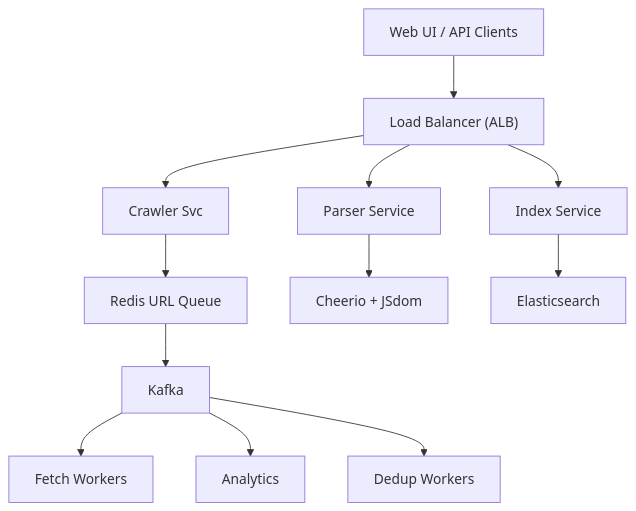
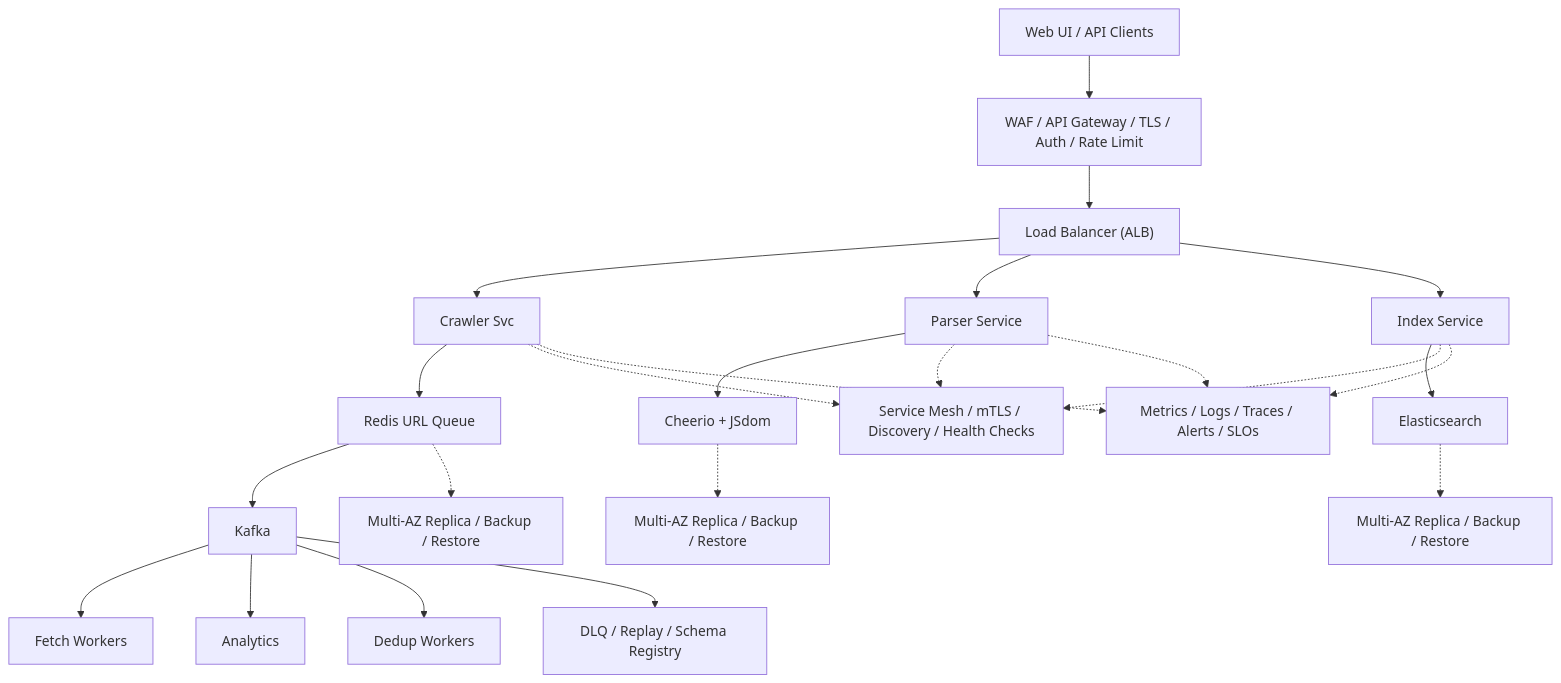
One commit to aishwary11/system-design changed the diagram in system-design-web-crawler.md. Above: the diagram before and after it, drawn with Mermaid. The commit also changed 31 other files, not shown here.

Commit message:
Add production-grade architecture details

````diff
--- a/system-design-web-crawler.md
+++ b/system-design-web-crawler.md
@@ -43,14 +43,25 @@
 ```mermaid
 flowchart TB
-    clients["Web UI / API Clients"] --> lb["Load Balancer (ALB)"]
+    clients["Web UI / API Clients"] --> edge["WAF / API Gateway / TLS / Auth / Rate Limit"]
+    edge --> lb["Load Balancer (ALB)"]
     lb --> svc0["Crawler Svc"]
     lb --> svc1["Parser Service"]
     lb --> svc2["Index Service"]
     svc0 --> store0["Redis URL Queue"]
     svc1 --> store1["Cheerio + JSdom"]
     svc2 --> store2["Elasticsearch"]
     store0 --> stream["Kafka"]
     stream --> worker0["Fetch Workers"]
     stream --> worker1["Analytics"]
     stream --> worker2["Dedup Workers"]
+    svc0 -.-> platform["Service Mesh / mTLS / Discovery / Health Checks"]
+    svc1 -.-> platform
+    svc2 -.-> platform
+    store0 -.-> backup0["Multi-AZ Replica / Backup / Restore"]
+    store1 -.-> backup1["Multi-AZ Replica / Backup / Restore"]
+    store2 -.-> backup2["Multi-AZ Replica / Backup / Restore"]
+    stream --> dlq["DLQ / Replay / Schema Registry"]
+    svc0 -.-> ops["Metrics / Logs / Traces / Alerts / SLOs"]
+    svc1 -.-> ops
+    svc2 -.-> ops
 ```
````
